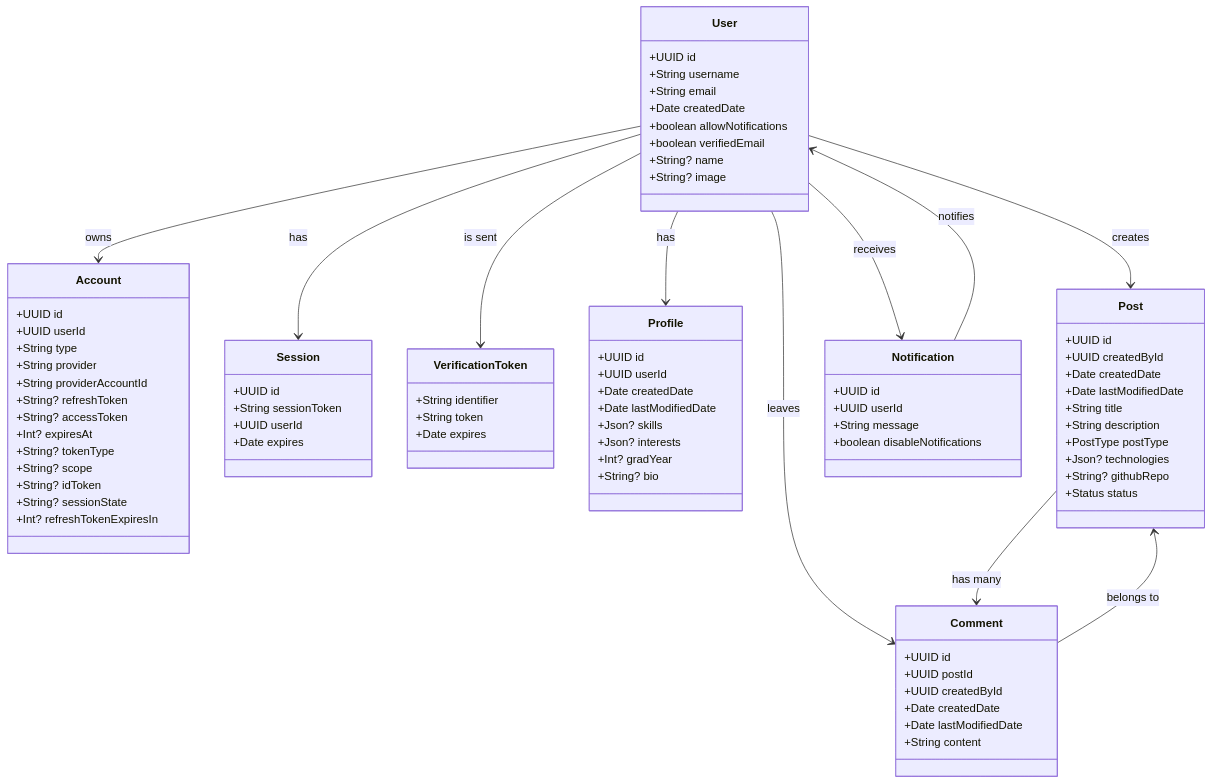
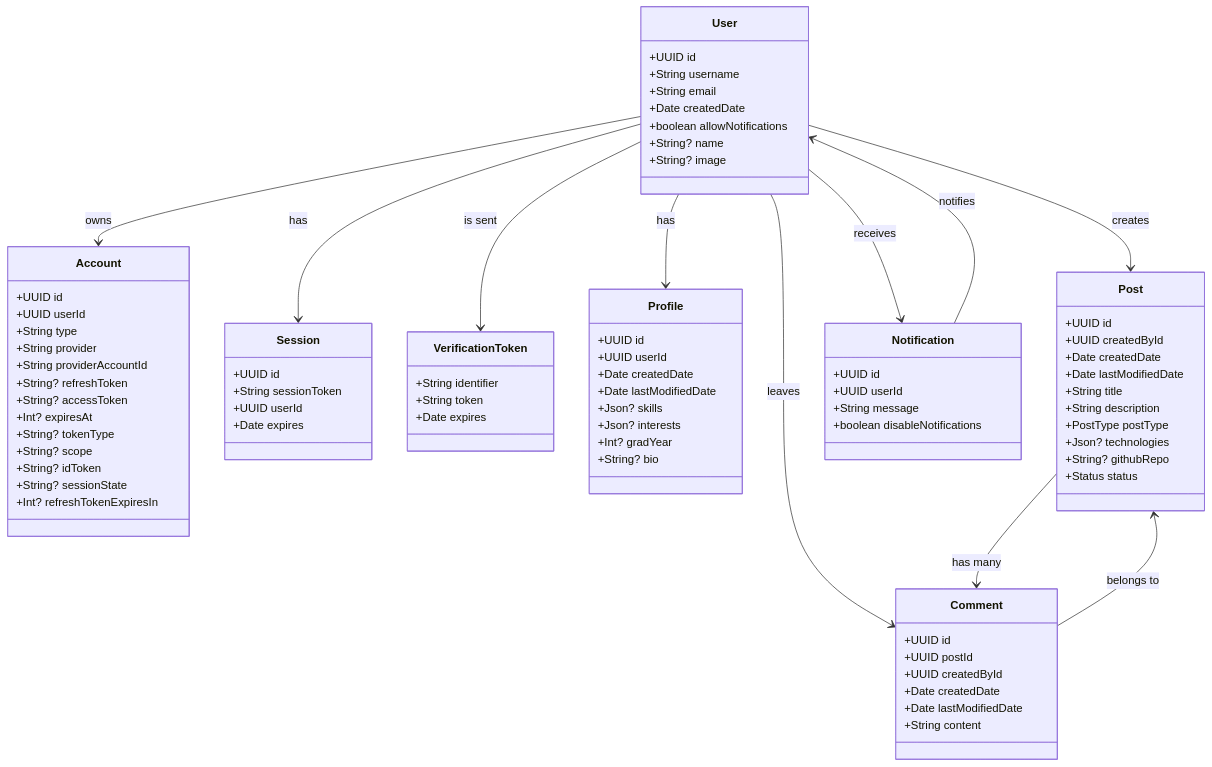
One commit to steelesh/UCollab changed the diagram in README.md. Above: the diagram before and after it, drawn with Mermaid. The commit also changed other lines of this file and 201 other files, not shown here.

```diff
--- a/README.md
+++ b/README.md
@@ -35,7 +35,6 @@
         +String email
         +Date createdDate
         +boolean allowNotifications
-        +boolean verifiedEmail
         +String? name
         +String? image
     }
```
